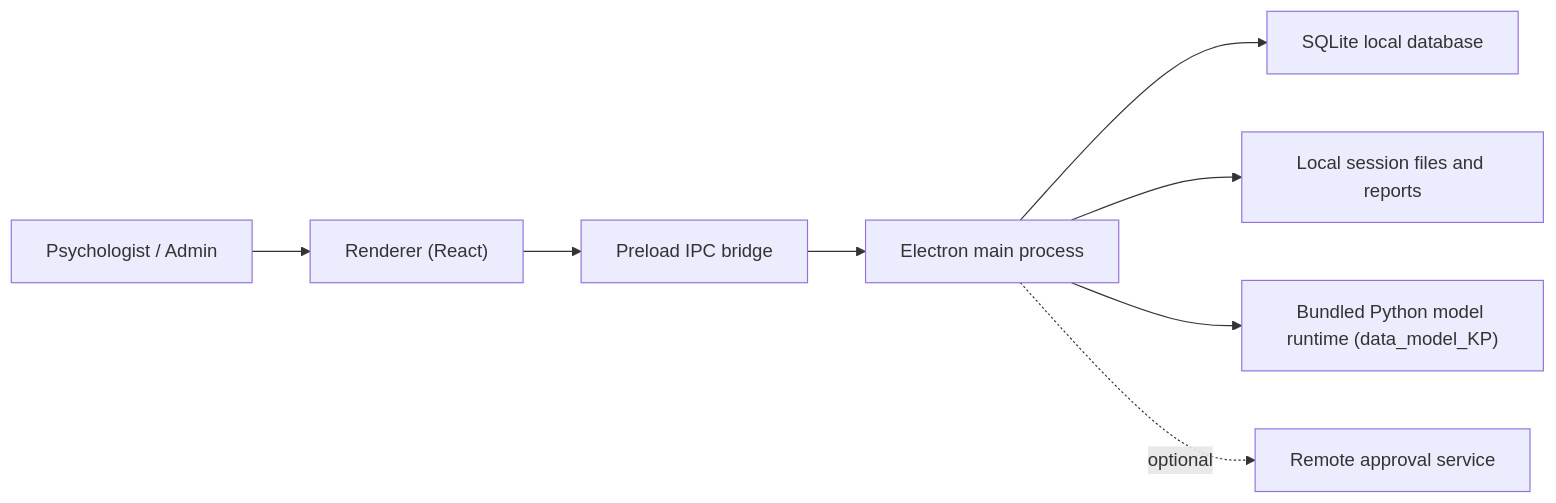
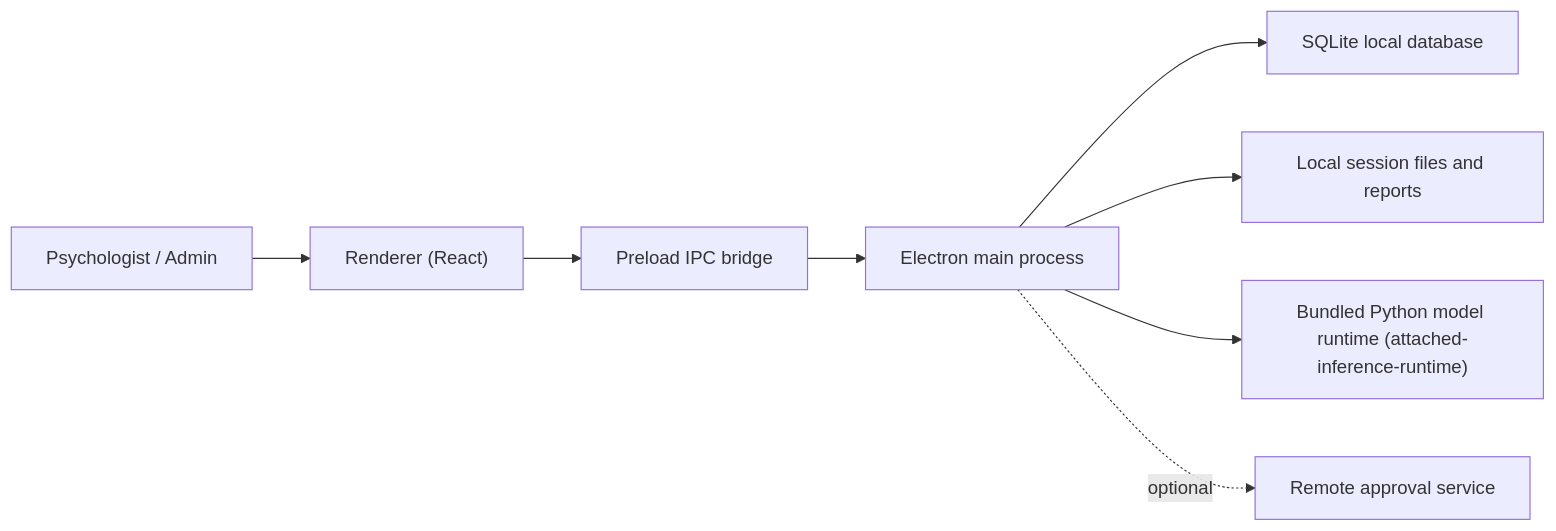
Before and after one commit to crlnravel/KP-Attached: the diagram in README.md, drawn with Mermaid. The commit also changed other lines of this file and 9 other files, not shown here.

````diff
--- a/README.md
+++ b/README.md
@@ -39,10 +39,10 @@
 ```mermaid
 flowchart LR
   U["Psychologist / Admin"] --> R["Renderer (React)"]
   R --> P["Preload IPC bridge"]
   P --> M["Electron main process"]
   M --> DB["SQLite local database"]
   M --> FS["Local session files and reports"]
-  M --> PY["Bundled Python model runtime (data_model_KP)"]
+  M --> PY["Bundled Python model runtime (attached-inference-runtime)"]
   M -. optional .-> RA["Remote approval service"]
 ```
````
